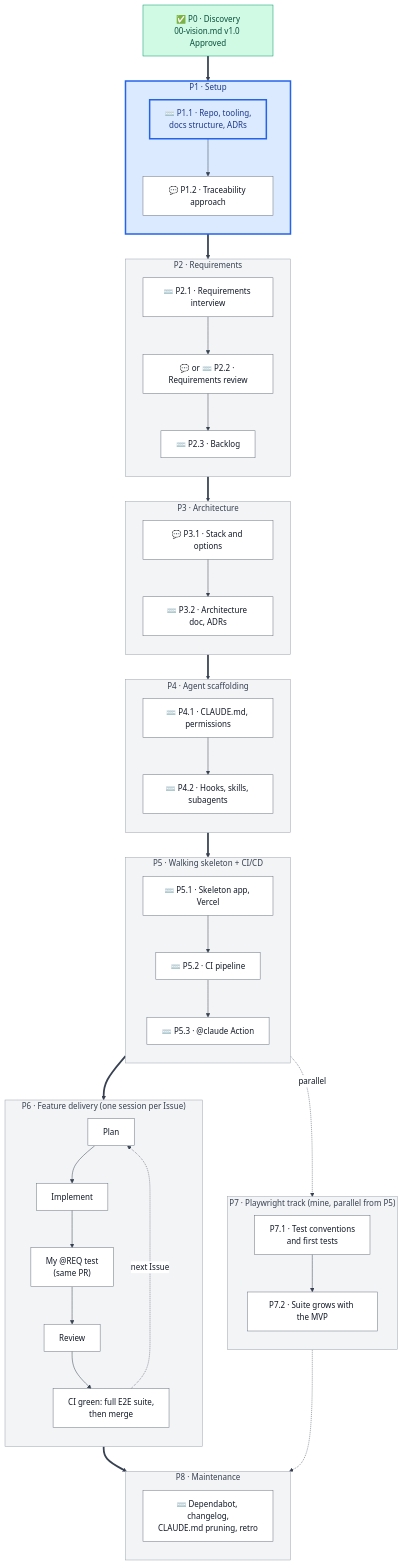
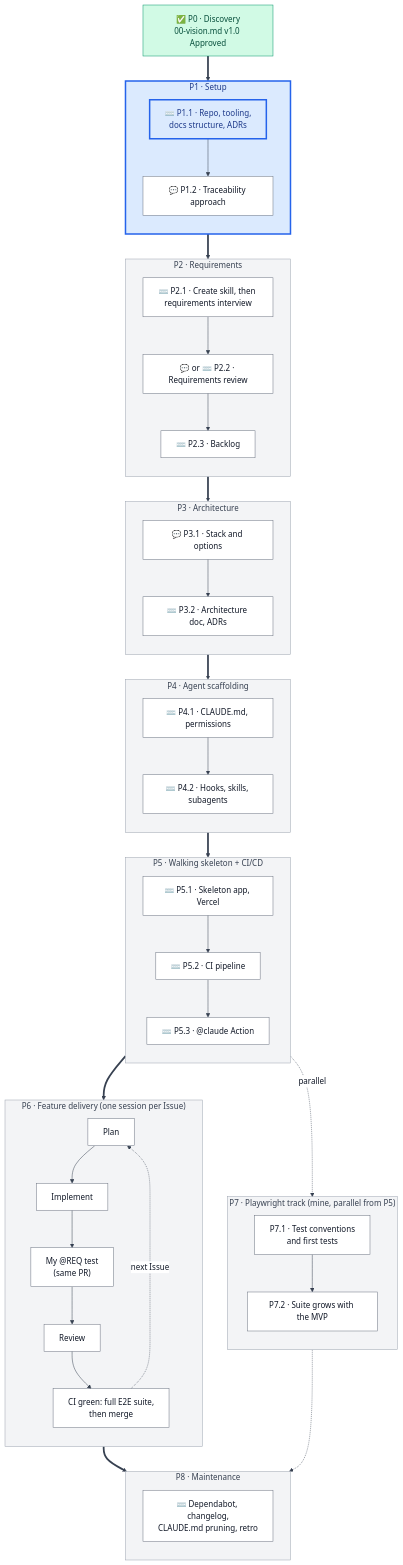
One commit to TLevkova/fitcadence changed the diagram in docs/fitcadence-delivery-roadmap.md. Above: the diagram before and after it, drawn with Mermaid. The commit also changed other lines of this file and 1 other file, not shown here.

First line of the commit message:
Update P1.1 status and replace /spec with a requirements-interview skill in P2.1

````diff
--- a/docs/fitcadence-delivery-roadmap.md
+++ b/docs/fitcadence-delivery-roadmap.md
@@ -20,75 +20,75 @@
 ```mermaid
 ---
 config:
   theme: base
   themeVariables:
     background: '#ffffff'
     primaryColor: '#ffffff'
     primaryTextColor: '#111827'
     primaryBorderColor: '#6b7280'
     lineColor: '#374151'
     textColor: '#111827'
     titleColor: '#111827'
     clusterBkg: '#ffffff'
     clusterBorder: '#9ca3af'
     edgeLabelBackground: '#ffffff'
 ---
 flowchart TB
     D0["✅ P0 · Discovery<br/>00-vision.md v1.0 Approved"]
 
     subgraph P1["P1 · Setup"]
         direction TB
         p11["⌨️ P1.1 · Repo, tooling,<br/>docs structure, ADRs"] --> p12["💬 P1.2 · Traceability approach"]
     end
 
     subgraph P2["P2 · Requirements"]
         direction TB
-        p21["⌨️ P2.1 · Requirements interview"] --> p22["💬 or ⌨️ P2.2 · Requirements review"] --> p23["⌨️ P2.3 · Backlog"]
+        p21["⌨️ P2.1 · Create skill, then requirements interview"] --> p22["💬 or ⌨️ P2.2 · Requirements review"] --> p23["⌨️ P2.3 · Backlog"]
     end
 
     subgraph P3["P3 · Architecture"]
         direction TB
         p31["💬 P3.1 · Stack and options"] --> p32["⌨️ P3.2 · Architecture doc, ADRs"]
     end
 
     subgraph P4["P4 · Agent scaffolding"]
         direction TB
         p41["⌨️ P4.1 · CLAUDE.md, permissions"] --> p42["⌨️ P4.2 · Hooks, skills, subagents"]
     end
 
     subgraph P5["P5 · Walking skeleton + CI/CD"]
         direction TB
         p51["⌨️ P5.1 · Skeleton app, Vercel"] --> p52["⌨️ P5.2 · CI pipeline"] --> p53["⌨️ P5.3 · @claude Action"]
     end
 
     subgraph P6["P6 · Feature delivery (one session per Issue)"]
         direction TB
         p6a["Plan"] --> p6b["Implement"] --> p6e["My @REQ test<br/>(same PR)"] --> p6c["Review"] --> p6d["CI green: full E2E suite,<br/>then merge"]
         p6d -. next Issue .-> p6a
     end
 
     subgraph P7["P7 · Playwright track (mine, parallel from P5)"]
         direction TB
         p71["P7.1 · Test conventions<br/>and first tests"] --> p72["P7.2 · Suite grows with the MVP"]
     end
 
     subgraph P8["P8 · Maintenance"]
         direction TB
         p8["⌨️ Dependabot, changelog,<br/>CLAUDE.md pruning, retro"]
     end
 
     D0 ==> P1 ==> P2 ==> P3 ==> P4 ==> P5 ==> P6 ==> P8
     P5 -.->|parallel| P7
     P7 -.-> P8
 
     classDef step fill:#ffffff,stroke:#6b7280,color:#111827
     classDef done fill:#d1fae5,stroke:#059669,color:#064e3b
     classDef active fill:#dbeafe,stroke:#2563eb,stroke-width:3px,color:#1e3a8a
     classDef todo fill:#f3f4f6,stroke:#9ca3af,color:#374151
 
     class D0 done
     class p11 active
     class P1 active
     class P2,P3,P4,P5,P6,P7,P8 todo
     class p12,p21,p22,p23,p31,p32,p41,p42,p51,p52,p53,p6a,p6b,p6c,p6d,p6e,p71,p72,p8 step
 ```
````
